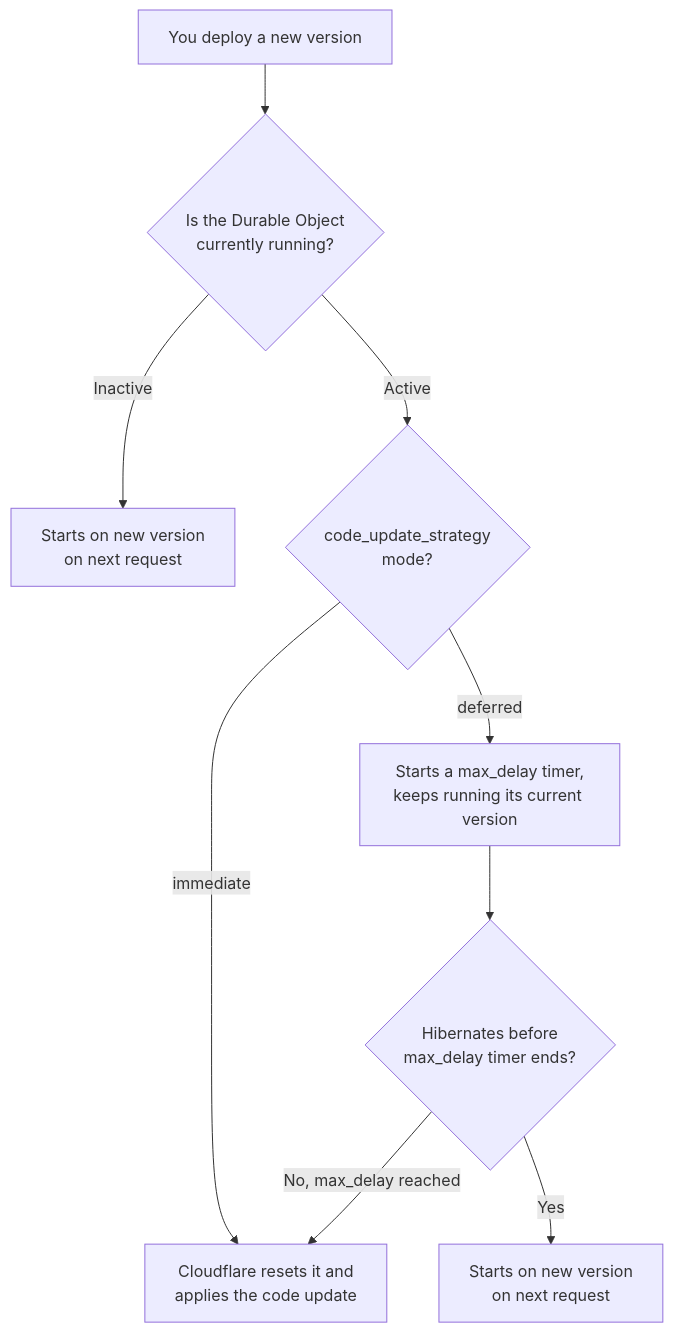
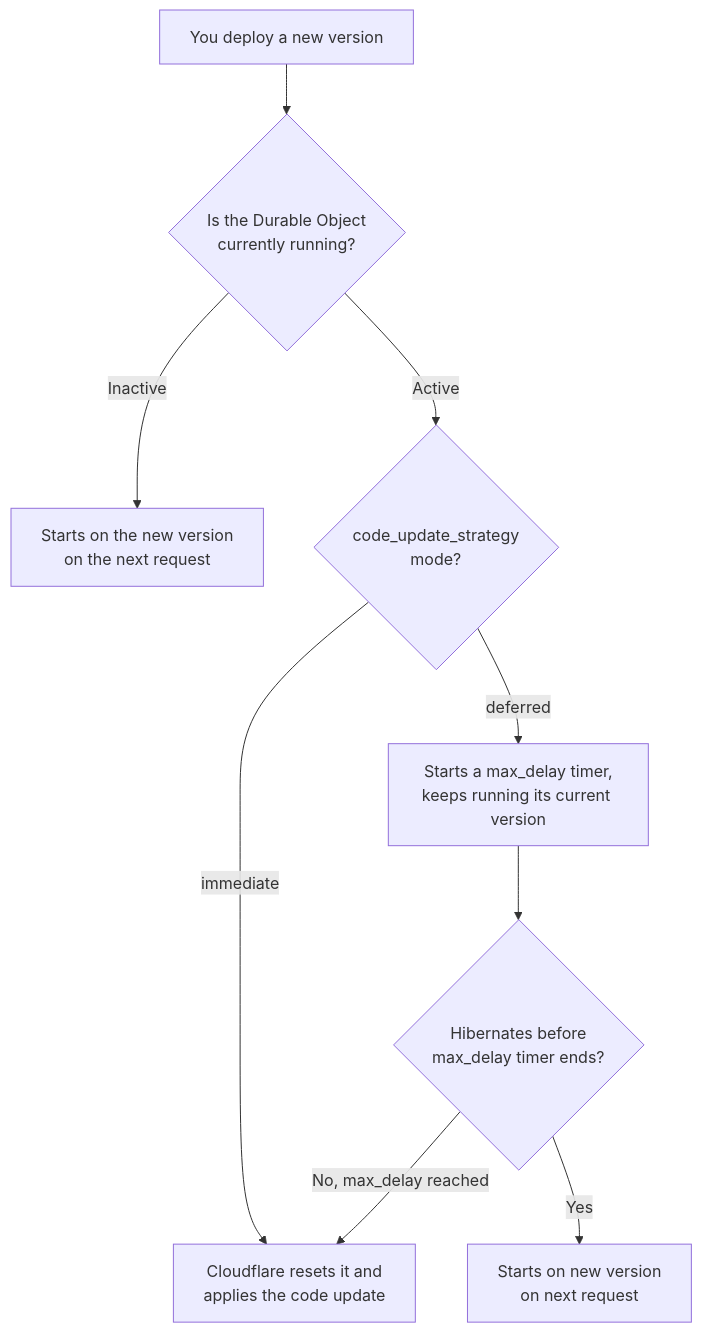
The first of 2 diagrams in src/content/docs/durable-objects/deployments/durable-objects-code-updates.mdx (cloudflare/cloudflare-docs), drawn with Mermaid before and after one commit.

````diff
--- a/src/content/docs/durable-objects/deployments/durable-objects-code-updates.mdx
+++ b/src/content/docs/durable-objects/deployments/durable-objects-code-updates.mdx
@@ -45,11 +45,11 @@
 ```mermaid
 flowchart TD
     A["You deploy a new version"] --> B{"Is the Durable Object<br/>currently running?"}
-    B -->|Inactive| C["Starts on new version<br/>on next request"]
+    B -->|Inactive| C["Starts on the new version<br/>on the next request"]
     B -->|Active| D{"code_update_strategy<br/>mode?"}
     D -->|immediate| E["Cloudflare resets it and<br/>applies the code update"]
     D -->|deferred| F["Starts a max_delay timer,<br/>keeps running its current version"]
     F --> G{"Hibernates before<br/>max_delay timer ends?"}
     G -->|Yes| H["Starts on new version<br/>on next request"]
     G -->|"No, max_delay reached"| E
 ```
````
